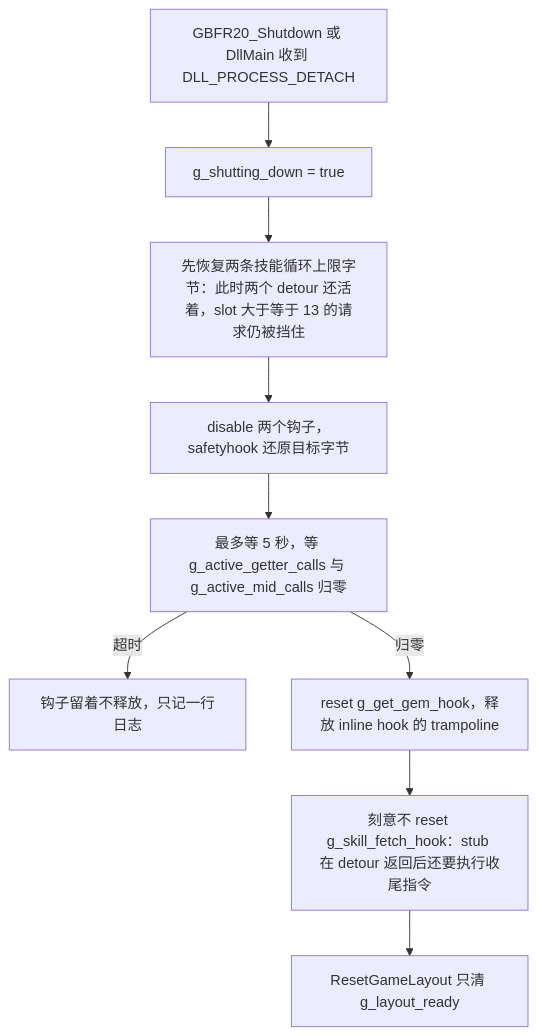
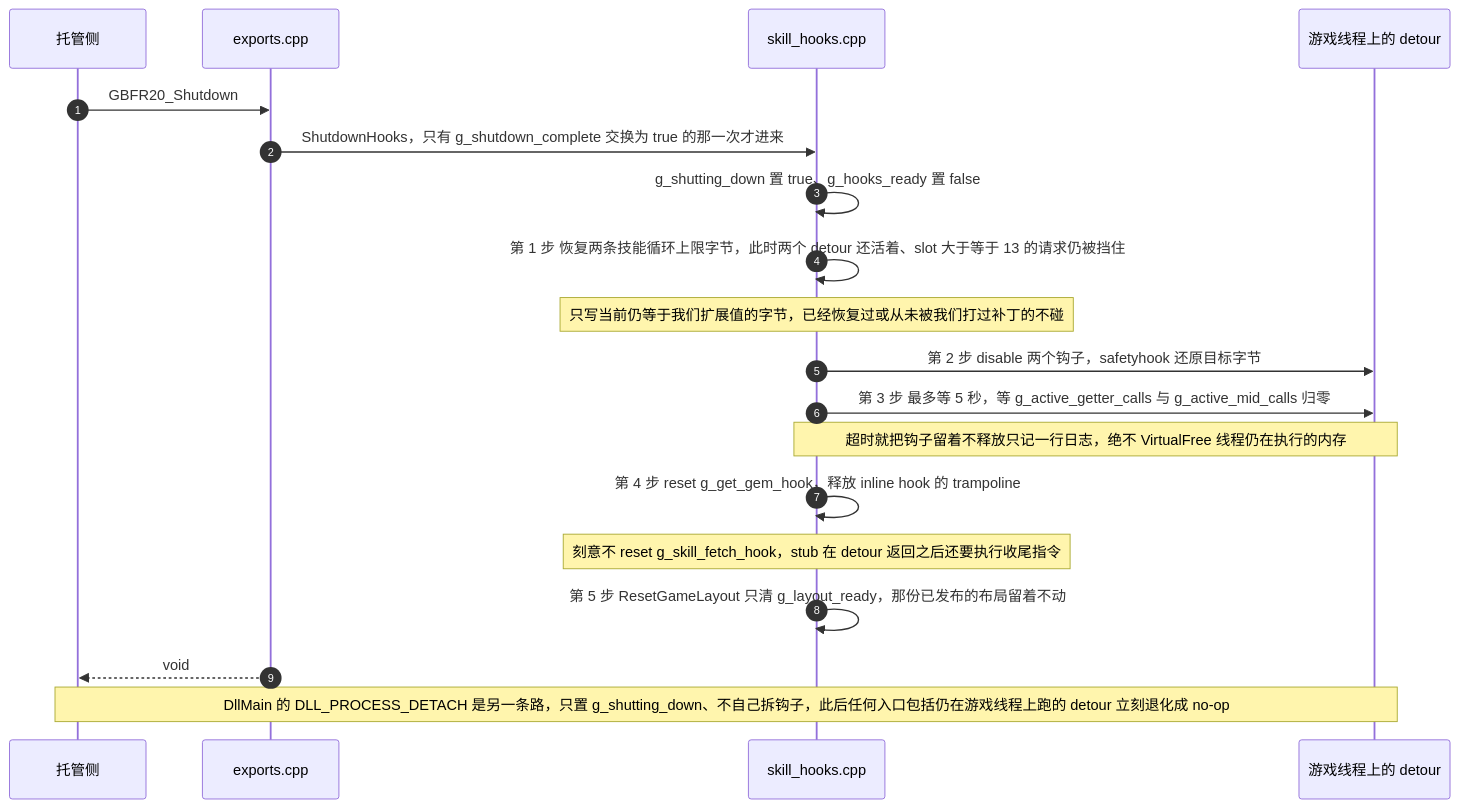
Before and after one commit to baagod/GBFR-Sigil-Loadout: the second of 2 diagrams in openwiki/architecture/native-core.md, drawn with Mermaid. The commit also changed other lines of this file and 33 other files, not shown here.

````diff
--- a/openwiki/architecture/native-core.md
+++ b/openwiki/architecture/native-core.md
@@ -240,11 +265,22 @@
 ```mermaid
-flowchart TD
-    S["GBFR20_Shutdown 或 DllMain 收到 DLL_PROCESS_DETACH"] --> T["g_shutting_down = true"]
-    T --> U["先恢复两条技能循环上限字节：此时两个 detour 还活着，slot 大于等于 13 的请求仍被挡住"]
-    U --> V["disable 两个钩子，safetyhook 还原目标字节"]
-    V --> W["最多等 5 秒，等 g_active_getter_calls 与 g_active_mid_calls 归零"]
-    W -- "超时" --> W1["钩子留着不释放，只记一行日志"]
-    W -- "归零" --> X["reset g_get_gem_hook，释放 inline hook 的 trampoline"]
-    X --> Y["刻意不 reset g_skill_fetch_hook：stub 在 detour 返回后还要执行收尾指令"]
-    Y --> Q["ResetGameLayout 只清 g_layout_ready"]
+sequenceDiagram
+    autonumber
+    participant Managed as 托管侧
+    participant Export as exports.cpp
+    participant Hooks as skill_hooks.cpp
+    participant Detour as 游戏线程上的 detour
+
+    Managed->>Export: GBFR20_Shutdown
+    Export->>Hooks: ShutdownHooks，只有 g_shutdown_complete 交换为 true 的那一次才进来
+    Hooks->>Hooks: g_shutting_down 置 true、g_hooks_ready 置 false
+    Hooks->>Hooks: 第 1 步 恢复两条技能循环上限字节，此时两个 detour 还活着、slot 大于等于 13 的请求仍被挡住
+    Note over Hooks: 只写当前仍等于我们扩展值的字节，已经恢复过或从未被我们打过补丁的不碰
+    Hooks->>Detour: 第 2 步 disable 两个钩子，safetyhook 还原目标字节
+    Hooks->>Detour: 第 3 步 最多等 5 秒，等 g_active_getter_calls 与 g_active_mid_calls 归零
+    Note over Hooks,Detour: 超时就把钩子留着不释放只记一行日志，绝不 VirtualFree 线程仍在执行的内存
+    Hooks->>Hooks: 第 4 步 reset g_get_gem_hook，释放 inline hook 的 trampoline
+    Note over Hooks: 刻意不 reset g_skill_fetch_hook，stub 在 detour 返回之后还要执行收尾指令
+    Hooks->>Hooks: 第 5 步 ResetGameLayout 只清 g_layout_ready，那份已发布的布局留着不动
+    Export-->>Managed: void
+    Note over Managed,Detour: DllMain 的 DLL_PROCESS_DETACH 是另一条路，只置 g_shutting_down、不自己拆钩子，此后任何入口包括仍在游戏线程上跑的 detour 立刻退化成 no-op
 ```
````
